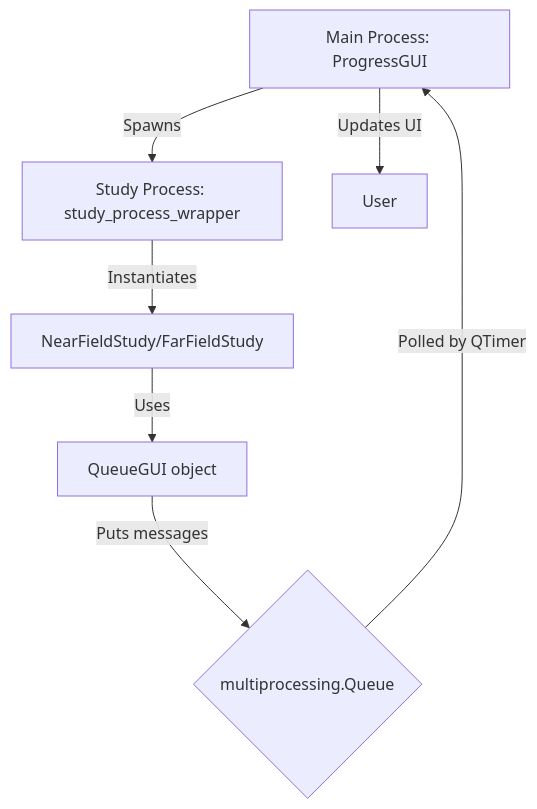
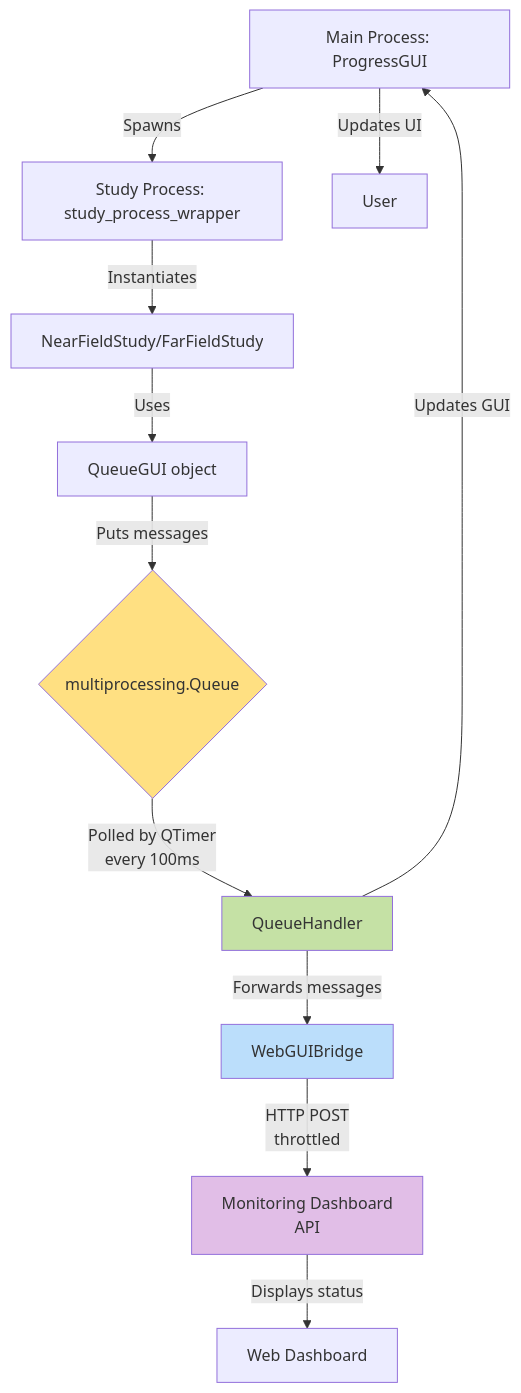
The first of 2 diagrams in docs/developer_guide/advanced_features.md (rwydaegh/goliat), drawn with Mermaid before and after one commit. The commit also changed other lines of this file and 6 other files, not shown here.

First line of the commit message:
feat(gui): add screenshot streaming to web dashboard (#84)

````diff
--- a/docs/developer_guide/advanced_features.md
+++ b/docs/developer_guide/advanced_features.md
@@ -15,9 +15,18 @@
 ```mermaid
 graph TD
     A[Main Process: ProgressGUI] -- Spawns --> B[Study Process: study_process_wrapper];
     B -- Instantiates --> Study[NearFieldStudy/FarFieldStudy];
     Study -- Uses --> QueueGUI[QueueGUI object];
     QueueGUI -- Puts messages --> C{multiprocessing.Queue};
-    C -- Polled by QTimer --> A;
+    C -- Polled by QTimer<br/>every 100ms --> E[QueueHandler];
+    E -- Updates GUI --> A;
+    E -- Forwards messages --> F[WebGUIBridge];
+    F -- HTTP POST<br/>throttled --> G[Monitoring Dashboard<br/>API];
     A -- Updates UI --> D[User];
+    G -- Displays status --> H[Web Dashboard];
+    
+    style C fill:#FFE082
+    style E fill:#C5E1A5
+    style F fill:#BBDEFB
+    style G fill:#E1BEE7
 ```
````
